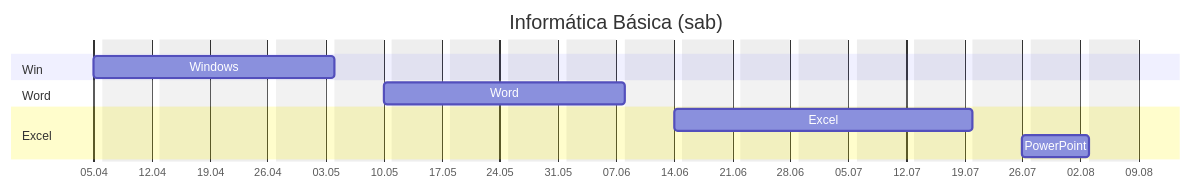
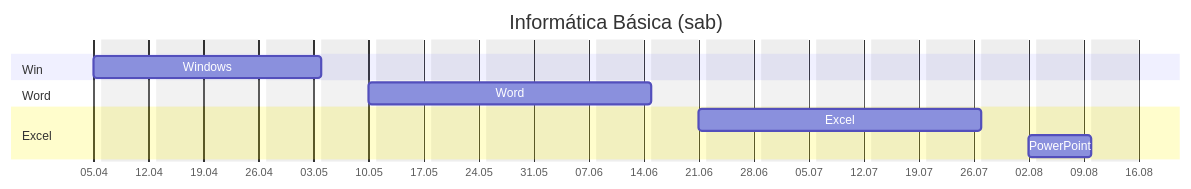
The diagram in src/site/notes/Informatica basica sabado.md (jocile/digitalgarden), drawn with Mermaid before and after one commit. The commit also changed other lines of this file, not shown here.

````diff
--- a/src/site/notes/Informatica basica sabado.md
+++ b/src/site/notes/Informatica basica sabado.md
@@ -34,16 +34,16 @@
 ```mermaid
 gantt
      title Informática Básica (sab)
      tickInterval 1week
      weekday Saturday
-     excludes Sunday, Monday, Tuesday, Wednesday, Thursday, Friday, 19.04
+     excludes Sunday, Monday, Tuesday, Wednesday, Thursday, Friday, 19.04, 31.05
      dateFormat DD.MM
      axisFormat %d.%m
      section Win
          Windows :a1, 05.04, 4d
      section Word
          Word :a2,after a1, 5d
      section Excel
          Excel :a3, after a2, 6d
          PowerPoint :a4, after a3, 2d
 ```
````
